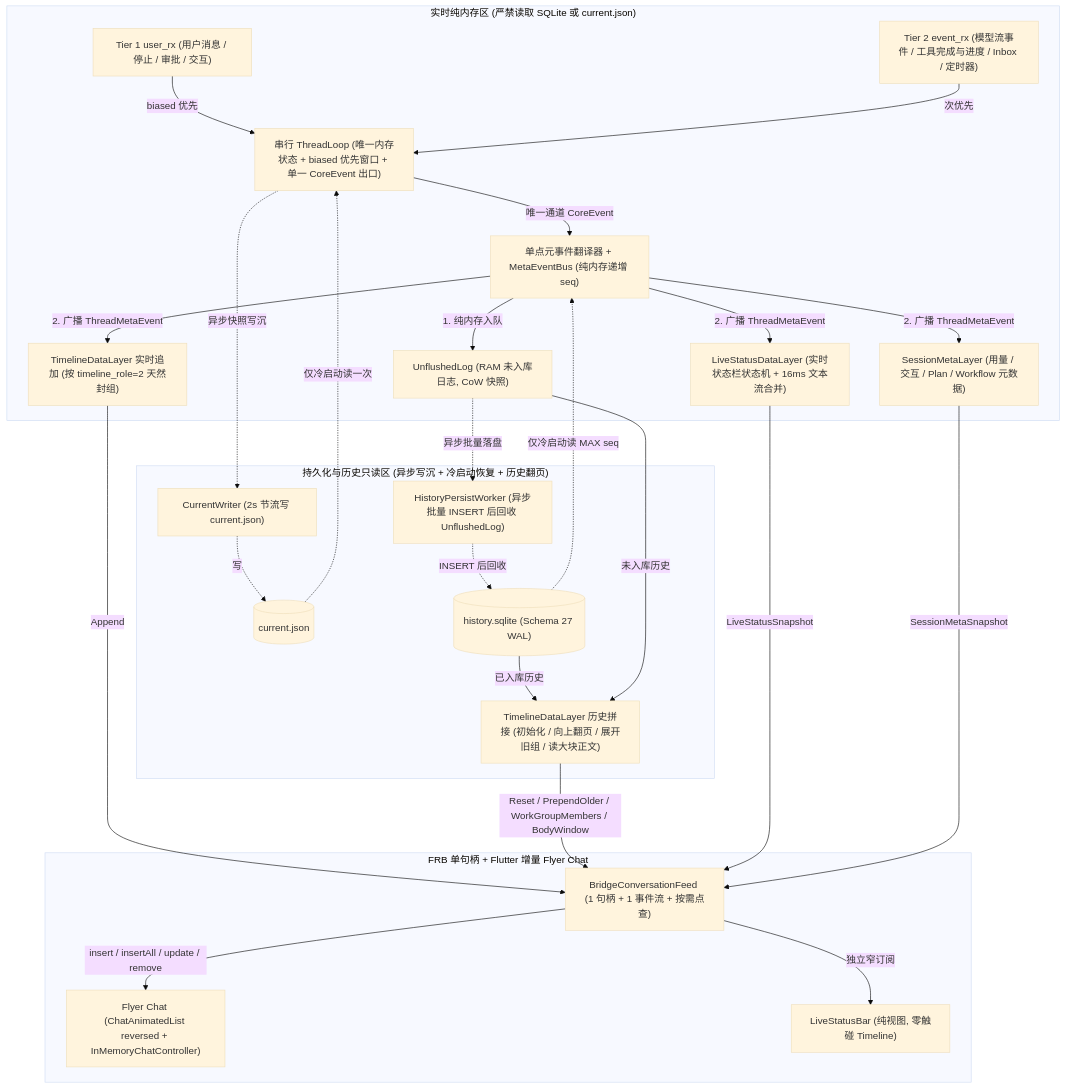
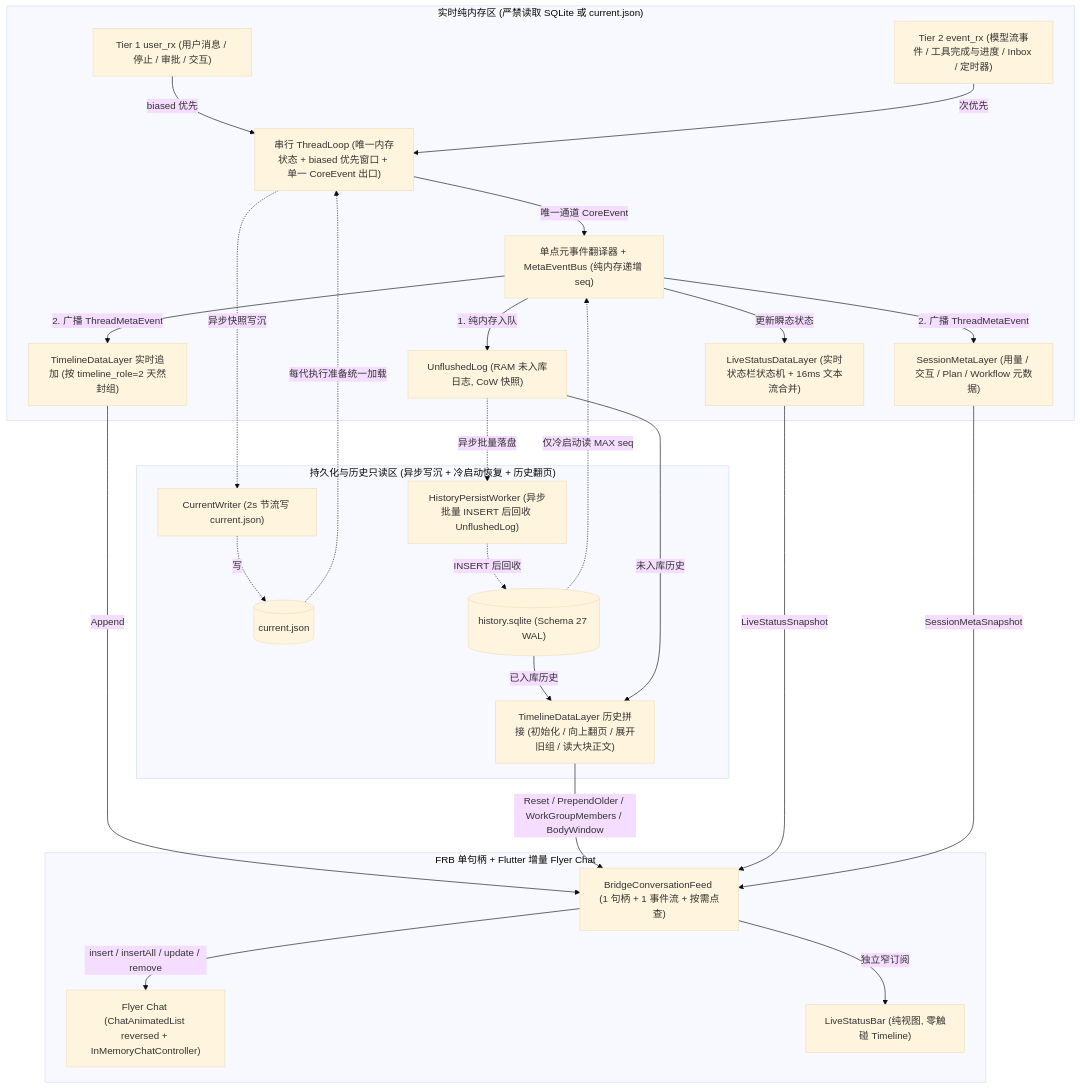
The first of 4 diagrams in design/26-timeline-content.md (ZR233/anywork), drawn with Mermaid (base theme) before and after one commit. The commit also changed 34 other files, not shown here.

````diff
--- a/design/26-timeline-content.md
+++ b/design/26-timeline-content.md
@@ -9,51 +9,51 @@
 ```mermaid
 flowchart TD
     subgraph RT["实时纯内存区 (严禁读取 SQLite 或 current.json)"]
         UserCh["Tier 1 user_rx (用户消息 / 停止 / 审批 / 交互)"]
         EventCh["Tier 2 event_rx (模型流事件 / 工具完成与进度 / Inbox / 定时器)"]
         Loop["串行 ThreadLoop (唯一内存状态 + biased 优先窗口 + 单一 CoreEvent 出口)"]
         Bus["单点元事件翻译器 + MetaEventBus (纯内存递增 seq)"]
         Unflushed["UnflushedLog (RAM 未入库日志, CoW 快照)"]
         LiveSM["LiveStatusDataLayer (实时状态栏状态机 + 16ms 文本流合并)"]
         TimelineLive["TimelineDataLayer 实时追加 (按 timeline_role=2 天然封组)"]
         SessionMeta["SessionMetaLayer (用量 / 交互 / Plan / Workflow 元数据)"]
 
         UserCh -->|"biased 优先"| Loop
         EventCh -->|"次优先"| Loop
         Loop -->|"唯一通道 CoreEvent"| Bus
         Bus -->|"1. 纯内存入队"| Unflushed
-        Bus -->|"2. 广播 ThreadMetaEvent"| LiveSM
+        Bus -->|"更新瞬态状态"| LiveSM
         Bus -->|"2. 广播 ThreadMetaEvent"| TimelineLive
         Bus -->|"2. 广播 ThreadMetaEvent"| SessionMeta
     end
 
     subgraph PERSIST["持久化与历史只读区 (异步写沉 + 冷启动恢复 + 历史翻页)"]
         CurrentWriter["CurrentWriter (2s 节流写 current.json)"]
         CurrentFile[("current.json")]
         FlushWorker["HistoryPersistWorker (异步批量 INSERT 后回收 UnflushedLog)"]
         HistoryDB[("history.sqlite (Schema 27 WAL)")]
         HistoryJoin["TimelineDataLayer 历史拼接 (初始化 / 向上翻页 / 展开旧组 / 读大块正文)"]
 
         Loop -.->|"异步快照写沉"| CurrentWriter
         CurrentWriter -.->|"写"| CurrentFile
-        CurrentFile -.->|"仅冷启动读一次"| Loop
+        CurrentFile -.->|"每代执行准备统一加载"| Loop
         Unflushed -.->|"异步批量落盘"| FlushWorker
         FlushWorker -.->|"INSERT 后回收"| HistoryDB
         HistoryDB -.->|"仅冷启动读 MAX seq"| Bus
         HistoryDB -->|"已入库历史"| HistoryJoin
         Unflushed -->|"未入库历史"| HistoryJoin
     end
 
     subgraph FRONT["FRB 单句柄 + Flutter 增量 Flyer Chat"]
         Feed["BridgeConversationFeed (1 句柄 + 1 事件流 + 按需点查)"]
         Flyer["Flyer Chat (ChatAnimatedList reversed + InMemoryChatController)"]
         LiveBar["LiveStatusBar (纯视图, 零触碰 Timeline)"]
 
         TimelineLive -->|"Append"| Feed
         HistoryJoin -->|"Reset / PrependOlder / WorkGroupMembers / BodyWindow"| Feed
         LiveSM -->|"LiveStatusSnapshot"| Feed
         SessionMeta -->|"SessionMetaSnapshot"| Feed
         Feed -->|"insert / insertAll / update / remove"| Flyer
         Feed -->|"独立窄订阅"| LiveBar
     end
 ```
````
